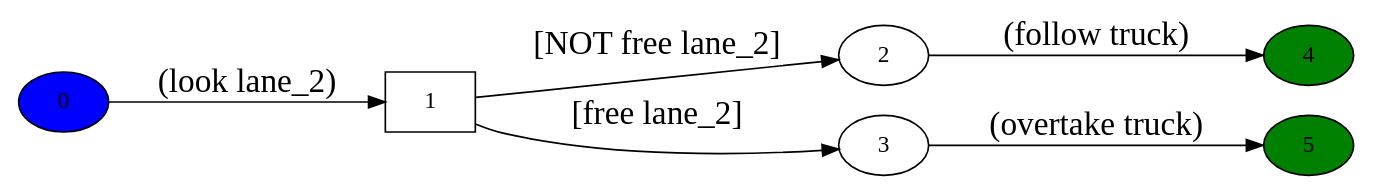
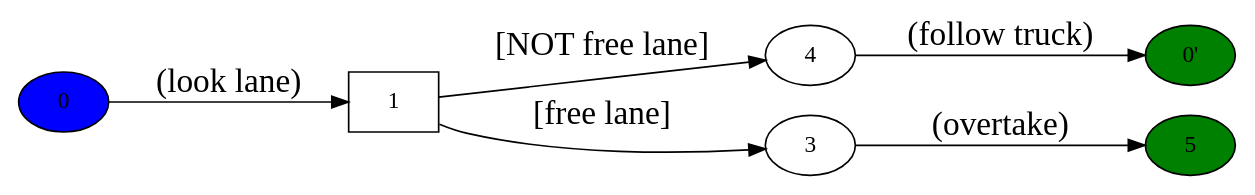
Before and after one commit to cambyse/iros-camille-2018: the diagram in data/cars/policy-0.gv, drawn with Graphviz. The commit also changed 2052 other files, not shown here.

```diff
--- a/data/cars/policy-0.gv
+++ b/data/cars/policy-0.gv
@@ -1,13 +1,14 @@
 digraph g{
 rankdir="LR"
 edge[fontsize = 20];
+0 [style=filled, fillcolor=blue]
+2 [label="4"]
+4 [label="0'", style=filled, fillcolor=green]
 5 [style=filled, fillcolor=green]
-4 [style=filled, fillcolor=green]
-0 [style=filled, fillcolor=blue]
 1 [ shape=box ] ;
-0->1 [ label="(look lane_2)" ];
-1->2 [ label="[NOT free lane_2]" ];
+0->1 [ label="(look lane)" ];
+1->2 [ label="[NOT free lane]" ];
 2->4 [ label="(follow truck)" ];
-1->3 [ label="[free lane_2]" ];
-3->5 [ label="(overtake truck)" ];
+1->3 [ label="[free lane]" ];
+3->5 [ label="(overtake)" ];
 }
```
